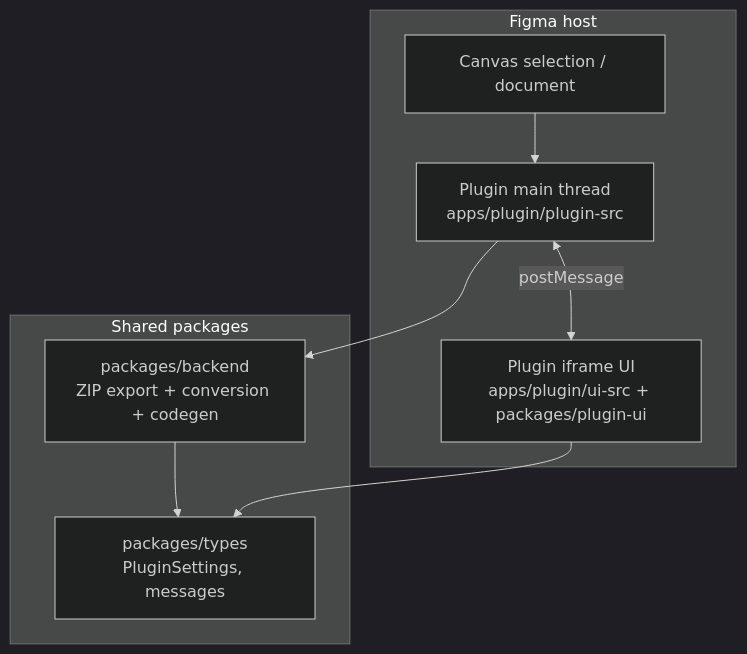
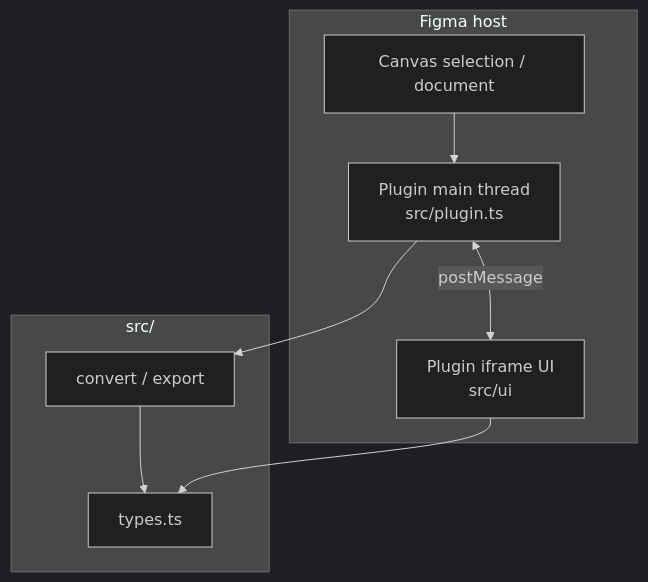
One commit to CodeByStella/FIGMA2CODE changed the first of 9 diagrams in docs/logic.md. Above: the diagram before and after it, drawn with Mermaid (dark theme). The commit also changed other lines of this file and 161 other files, not shown here.

First line of the commit message:
Flatten the plugin into a single src/ package

````diff
--- a/docs/logic.md
+++ b/docs/logic.md
@@ -11,19 +9,19 @@
 ```mermaid
 flowchart TB
   subgraph Figma["Figma host"]
     Canvas["Canvas selection / document"]
-    Sandbox["Plugin main thread<br/>apps/plugin/plugin-src"]
-    UI["Plugin iframe UI<br/>apps/plugin/ui-src + packages/plugin-ui"]
+    Sandbox["Plugin main thread<br/>src/plugin.ts"]
+    UI["Plugin iframe UI<br/>src/ui"]
   end
 
-  subgraph Packages["Shared packages"]
-    Backend["packages/backend<br/>ZIP export + conversion + codegen"]
-    Types["packages/types<br/>PluginSettings, messages"]
+  subgraph Source["src/"]
+    Convert["convert / export"]
+    Types["types.ts"]
   end
 
   Canvas --> Sandbox
-  Sandbox --> Backend
-  Backend --> Types
+  Sandbox --> Convert
+  Convert --> Types
   UI --> Types
   Sandbox <-->|"postMessage"| UI
 ```
````
